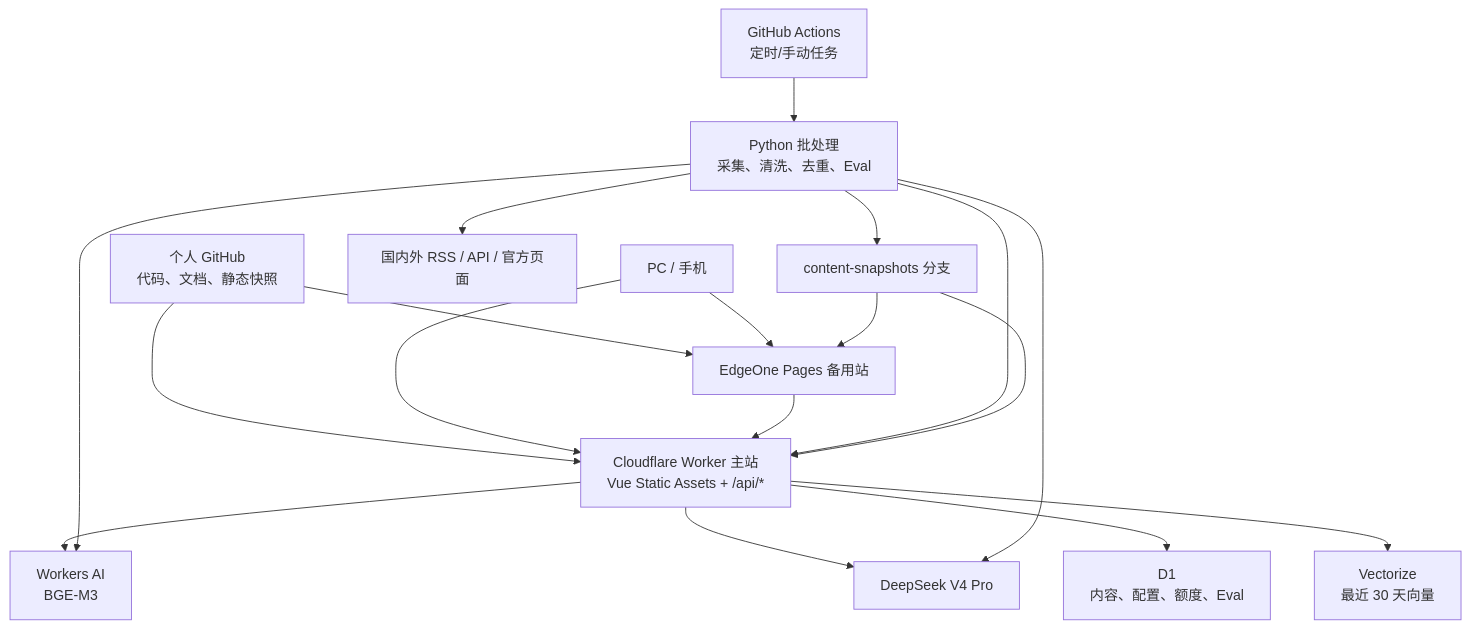
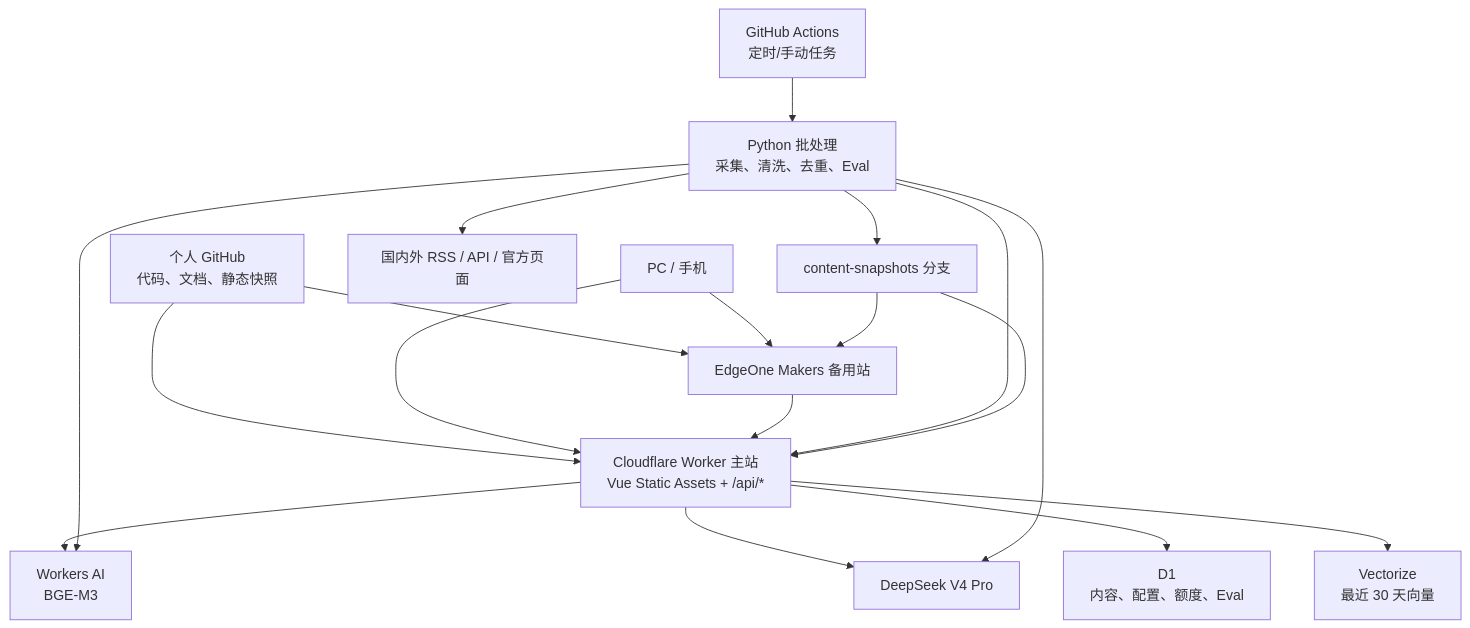
The eighth of 8 diagrams in prd/NewsEviday-PRD.md (Dyj0926D/newseviday), drawn with Mermaid before and after one commit. The commit also changed other lines of this file and 10 other files, not shown here.

Commit message:
chore: prepare EdgeOne Makers backup deployment

````diff
--- a/prd/NewsEviday-PRD.md
+++ b/prd/NewsEviday-PRD.md
@@ -1598,20 +1598,20 @@
 ```mermaid
 flowchart TB
     Repo["个人 GitHub<br/>代码、文档、静态快照"] --> CFWorker["Cloudflare Worker 主站<br/>Vue Static Assets + /api/*"]
-    Repo --> EOPages["EdgeOne Pages 备用站"]
+    Repo --> EOPages["EdgeOne Makers 备用站"]
     User["PC / 手机"] --> CFWorker
     User --> EOPages
     EOPages --> CFWorker
     CFWorker --> D1["D1<br/>内容、配置、额度、Eval"]
     CFWorker --> Vectorize["Vectorize<br/>最近 30 天向量"]
     CFWorker --> WAI["Workers AI<br/>BGE-M3"]
     CFWorker --> DeepSeek["DeepSeek V4 Pro"]
     Actions["GitHub Actions<br/>定时/手动任务"] --> Python["Python 批处理<br/>采集、清洗、去重、Eval"]
     Python --> Sources["国内外 RSS / API / 官方页面"]
     Python --> WAI
     Python --> DeepSeek
     Python --> CFWorker
     Python --> Snapshot["content-snapshots 分支"]
     Snapshot --> CFWorker
     Snapshot --> EOPages
 ```
````
